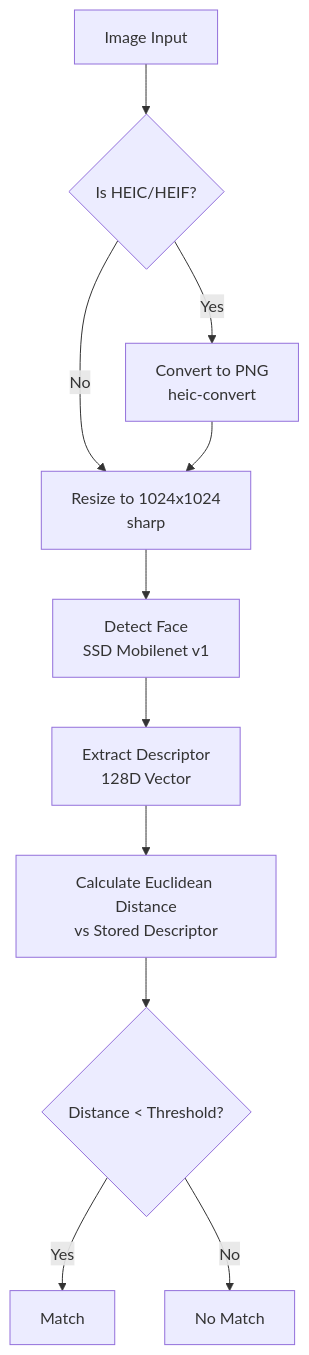
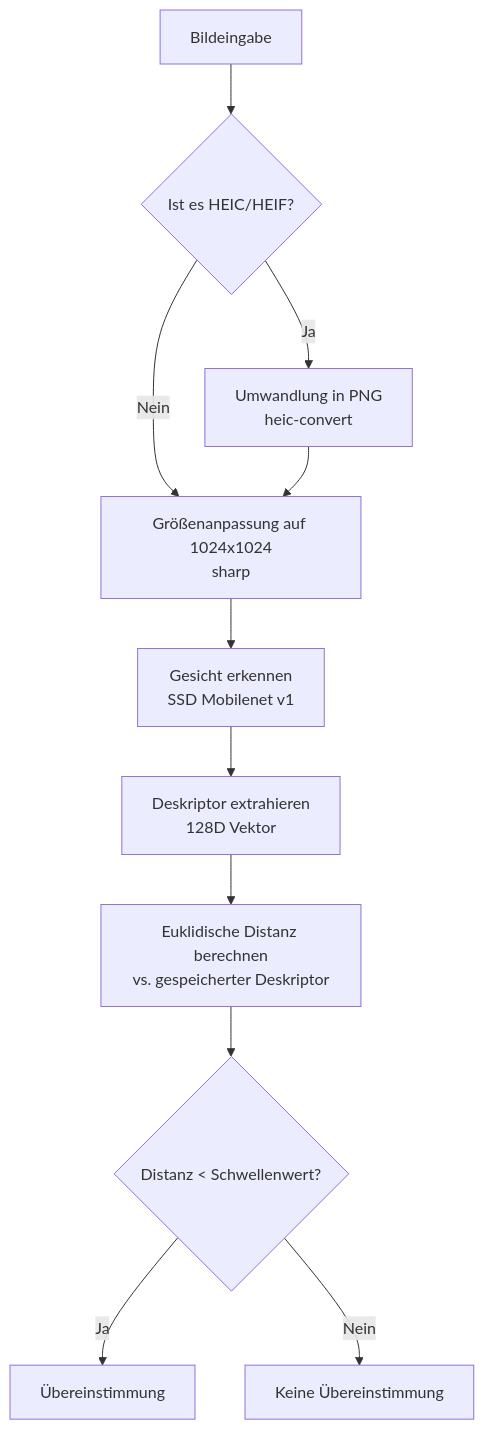
The diagram in BLL-LaTeX/figures/gesichtserkennung_pipeline.mmd (victor-gurbani/JuFo2025), drawn with Mermaid before and after one commit. The commit also changed 14 other files, not shown here.

```diff
--- a/BLL-LaTeX/figures/gesichtserkennung_pipeline.mmd
+++ b/BLL-LaTeX/figures/gesichtserkennung_pipeline.mmd
@@ -1,11 +1,11 @@
 graph TD
-    A[Image Input] --> B{Is HEIC/HEIF?}
-    B -- Yes --> C[Convert to PNG<br/>heic-convert]
-    B -- No --> D[Resize to 1024x1024<br/>sharp]
+    A[Bildeingabe] --> B{Ist es HEIC/HEIF?}
+    B -- Ja --> C[Umwandlung in PNG<br/>heic-convert]
+    B -- Nein --> D[Größenanpassung auf 1024x1024<br/>sharp]
     C --> D
-    D --> E[Detect Face<br/>SSD Mobilenet v1]
-    E --> F[Extract Descriptor<br/>128D Vector]
-    F --> G[Calculate Euclidean Distance<br/>vs Stored Descriptor]
-    G --> H{Distance < Threshold?}
-    H -- Yes --> I[Match]
-    H -- No --> J[No Match]
+    D --> E[Gesicht erkennen<br/>SSD Mobilenet v1]
+    E --> F[Deskriptor extrahieren<br/>128D Vektor]
+    F --> G[Euklidische Distanz berechnen<br/>vs. gespeicherter Deskriptor]
+    G --> H{Distanz < Schwellenwert?}
+    H -- Ja --> I[Übereinstimmung]
+    H -- Nein --> J[Keine Übereinstimmung]
```
